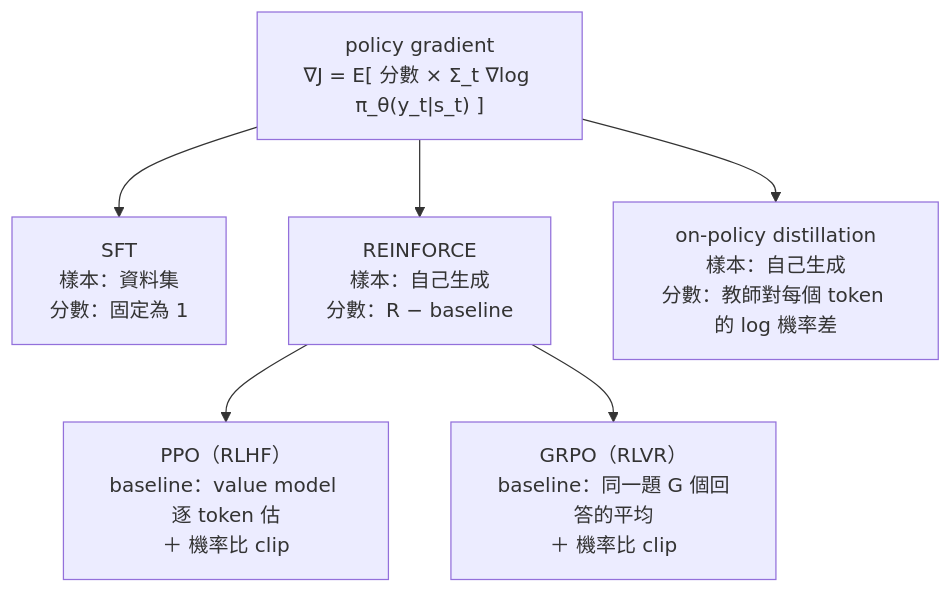
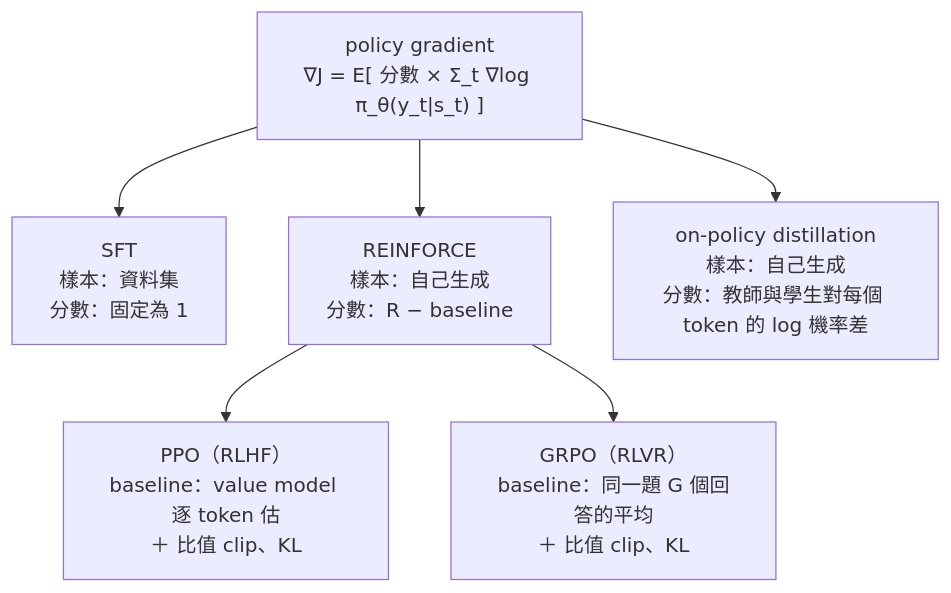
One commit to vincentxuu/quidproquo changed the diagram in src/content/posts/ai/2026-09-29-cme295-rl-with-llms.md. Above: the diagram before and after it, drawn with Mermaid. The commit also changed other lines of this file and 12 other files, not shown here.

````diff
--- a/src/content/posts/ai/2026-09-29-cme295-rl-with-llms.md
+++ b/src/content/posts/ai/2026-09-29-cme295-rl-with-llms.md
@@ -139,9 +456,9 @@
 ```mermaid
 flowchart TB
   PG["policy gradient<br/>∇J = E[ 分數 × Σ_t ∇log π_θ(y_t|s_t) ]"]
   PG --> SFT["SFT<br/>樣本：資料集<br/>分數：固定為 1"]
   PG --> RF["REINFORCE<br/>樣本：自己生成<br/>分數：R − baseline"]
-  RF --> PPO["PPO（RLHF）<br/>baseline：value model 逐 token 估<br/>＋ 機率比 clip"]
-  RF --> GRPO["GRPO（RLVR）<br/>baseline：同一題 G 個回答的平均<br/>＋ 機率比 clip"]
-  PG --> OPD["on-policy distillation<br/>樣本：自己生成<br/>分數：教師對每個 token 的 log 機率差"]
+  RF --> PPO["PPO（RLHF）<br/>baseline：value model 逐 token 估<br/>＋ 比值 clip、KL"]
+  RF --> GRPO["GRPO（RLVR）<br/>baseline：同一題 G 個回答的平均<br/>＋ 比值 clip、KL"]
+  PG --> OPD["on-policy distillation<br/>樣本：自己生成<br/>分數：教師與學生對每個 token 的 log 機率差"]
 ```
````
